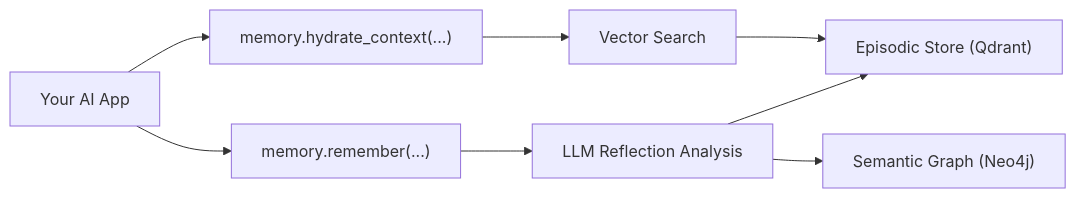
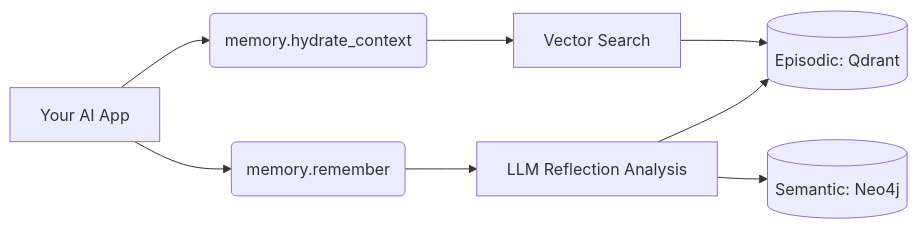
Before and after one commit to nuncio-labs/gist-lattice: the diagram in README.md, drawn with Mermaid.

Commit message:
Fixed issues in readme

````diff
--- a/README.md
+++ b/README.md
@@ -77,13 +77,13 @@
 ```mermaid
-flowchart LR
-    App["Your AI App"] --> Remember["memory.remember(...)"]
-    App --> Hydrate["memory.hydrate_context(...)"]
+graph LR
+    App[Your AI App] --> Remember(memory.remember)
+    App --> Hydrate(memory.hydrate_context)
     
-    Remember --> LLM["LLM Reflection Analysis"]
-    Hydrate --> VectorSearch["Vector Search"]
+    Remember --> LLM[LLM Reflection Analysis]
+    Hydrate --> VectorSearch[Vector Search]
     
-    LLM --> Episodic["Episodic Store (Qdrant)"]
-    LLM --> Semantic["Semantic Graph (Neo4j)"]
+    LLM --> Episodic[(Episodic: Qdrant)]
+    LLM --> Semantic[(Semantic: Neo4j)]
     
     VectorSearch --> Episodic
 ```
````
